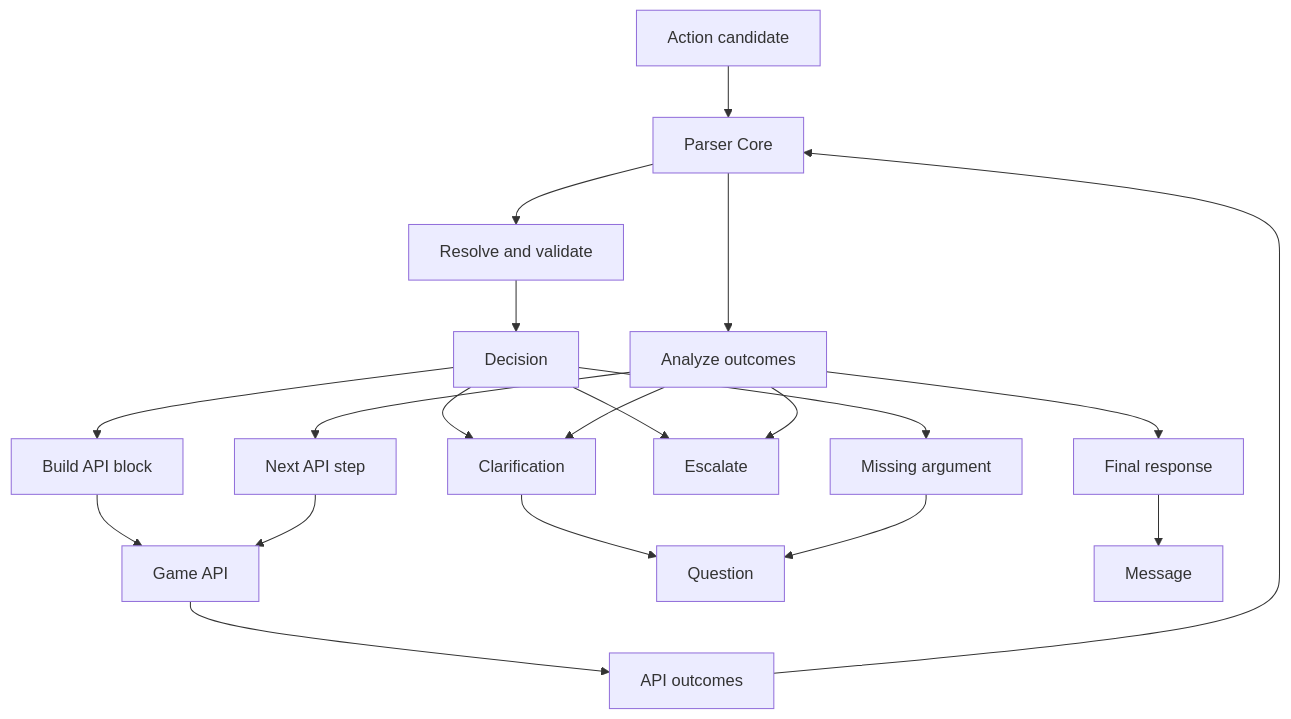
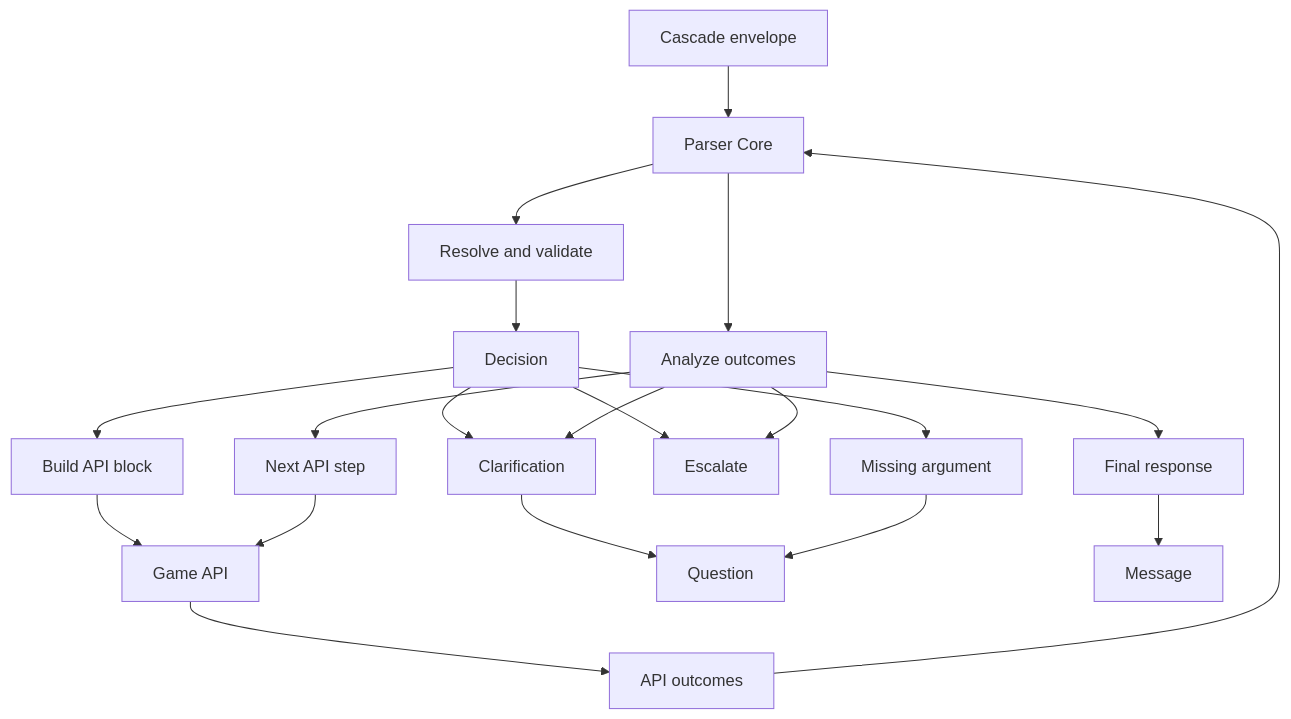
One commit to z-hunter/Quest changed the third of 6 diagrams in Parser.md. Above: the diagram before and after it, drawn with Mermaid. The commit also changed other lines of this file, not shown here.

````diff
--- a/Parser.md
+++ b/Parser.md
@@ -310,43 +321,43 @@
 ```mermaid
 flowchart TD
-    IN[Action candidate]
+    IN[Cascade envelope]
     OUT[API outcomes]
     CORE[Parser Core]
     RES[Resolve and validate]
     DEC[Decision]
     PLAN[Build API block]
     API[Game API]
     POST[Analyze outcomes]
     CLAR[Clarification]
     ASK[Missing argument]
     ESC[Escalate]
     LOOP[Next API step]
     RESP[Final response]
     Q[Question]
     M[Message]
 
     IN --> CORE
     OUT --> CORE
 
     CORE --> RES
     RES --> DEC
 
     DEC --> PLAN
     DEC --> CLAR
     DEC --> ASK
     DEC --> ESC
 
     PLAN --> API
     API --> OUT
 
     CORE --> POST
     POST --> RESP
     POST --> CLAR
     POST --> ESC
     POST --> LOOP
 
     LOOP --> API
     CLAR --> Q
     ASK --> Q
     RESP --> M
 ```
````
